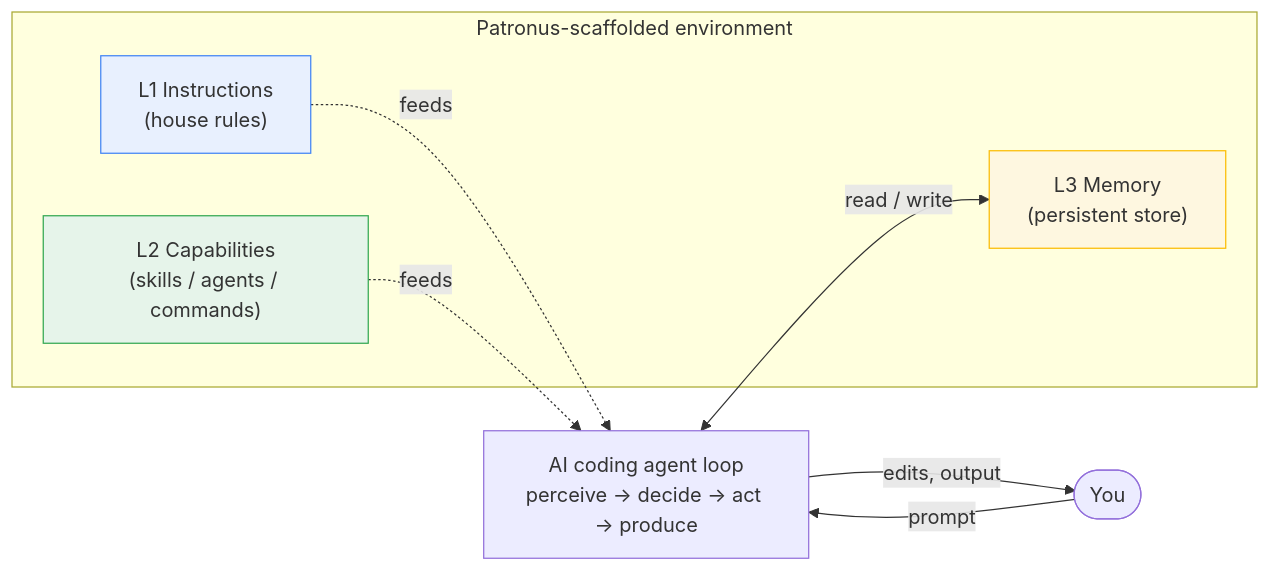
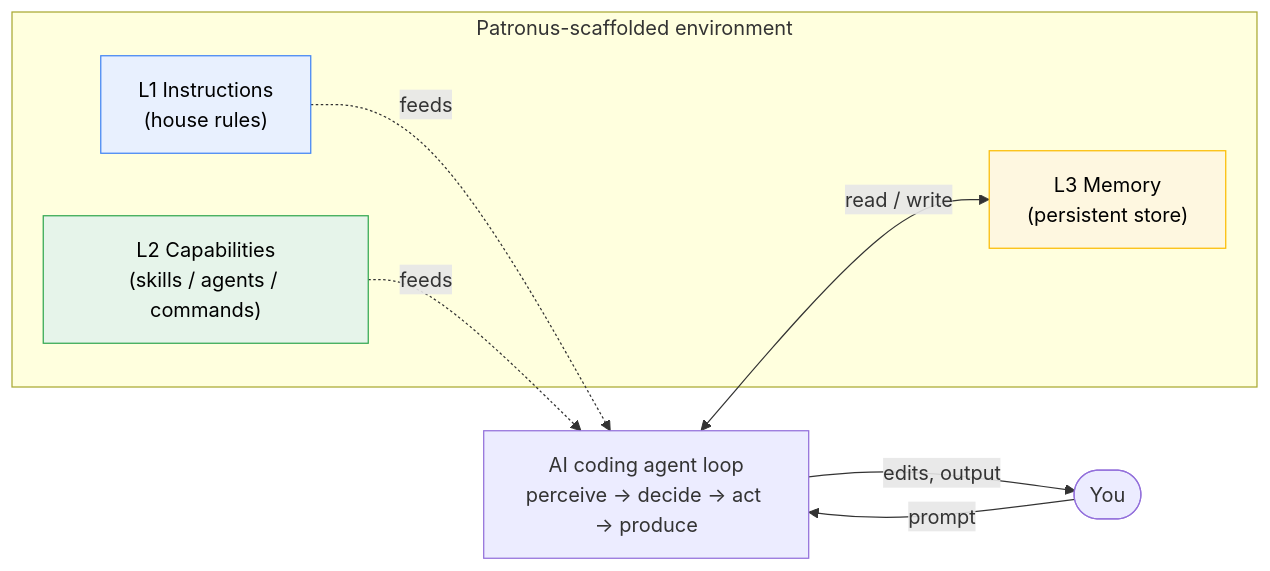
Before and after one commit to darkquasar/patronus: the first of 6 diagrams in README.md, drawn with Mermaid. The commit also changed other lines of this file and 17 other files, not shown here.

````diff
--- a/README.md
+++ b/README.md
@@ -22,22 +22,22 @@
 ```mermaid
 flowchart LR
     subgraph Env["Patronus-scaffolded environment"]
         I["L1 Instructions<br/>(house rules)"]
         C["L2 Capabilities<br/>(skills / agents / commands)"]
         M["L3 Memory<br/>(persistent store)"]
     end
 
     You(["You"]) -->|prompt| Agent
     I -.feeds.-> Agent
     C -.feeds.-> Agent
     Agent["AI coding agent loop<br/>perceive → decide → act → produce"]
     Agent <-->|read / write| M
     Agent -->|edits, output| You
 
-    classDef l1 fill:#e8f0fe,stroke:#4285f4;
-    classDef l2 fill:#e6f4ea,stroke:#34a853;
-    classDef l3 fill:#fef7e0,stroke:#fbbc04;
+    classDef l1 fill:#e8f0fe,stroke:#4285f4,color:#000;
+    classDef l2 fill:#e6f4ea,stroke:#34a853,color:#000;
+    classDef l3 fill:#fef7e0,stroke:#fbbc04,color:#000;
     class I l1
     class C l2
     class M l3
 ```
````
